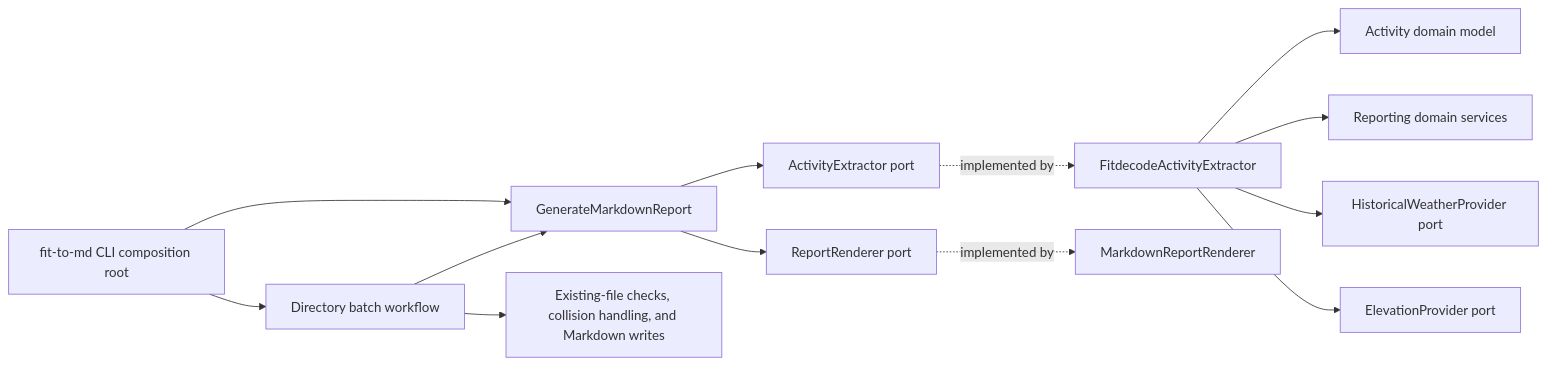
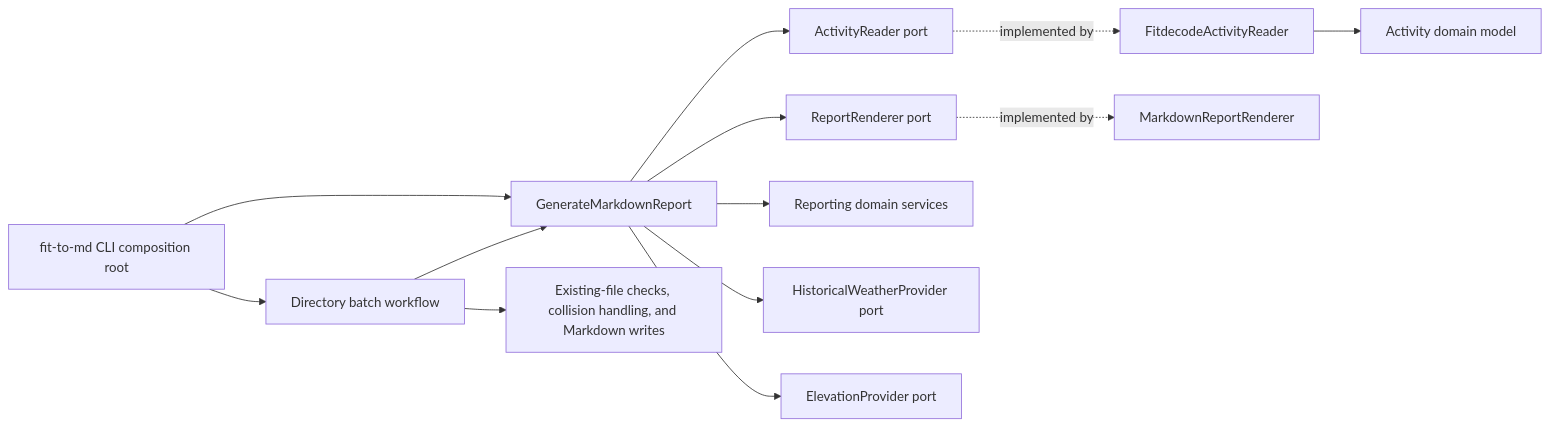
Before and after one commit to andre-bazaille/fitToMd: the first of 2 diagrams in docs/architecture.md, drawn with Mermaid. The commit also changed other lines of this file and 16 other files, not shown here.

````diff
--- a/docs/architecture.md
+++ b/docs/architecture.md
@@ -54,15 +54,15 @@
 ```mermaid
 flowchart LR
     CLI[fit-to-md CLI composition root] --> BATCH[Directory batch workflow]
     CLI --> APP[GenerateMarkdownReport]
     BATCH --> APP
     BATCH --> FILES[Existing-file checks, collision handling, and Markdown writes]
-    APP --> EXTRACTOR[ActivityExtractor port]
+    APP --> READER[ActivityReader port]
     APP --> RENDERER[ReportRenderer port]
-    EXTRACTOR -. implemented by .-> FIT[FitdecodeActivityExtractor]
+    APP --> SERVICES[Reporting domain services]
+    APP --> WEATHER[HistoricalWeatherProvider port]
+    APP --> ELEVATION[ElevationProvider port]
+    READER -. implemented by .-> FIT[FitdecodeActivityReader]
     RENDERER -. implemented by .-> MD[MarkdownReportRenderer]
     FIT --> ACTIVITY[Activity domain model]
-    FIT --> SERVICES[Reporting domain services]
-    FIT --> WEATHER[HistoricalWeatherProvider port]
-    FIT --> ELEVATION[ElevationProvider port]
 ```
````
